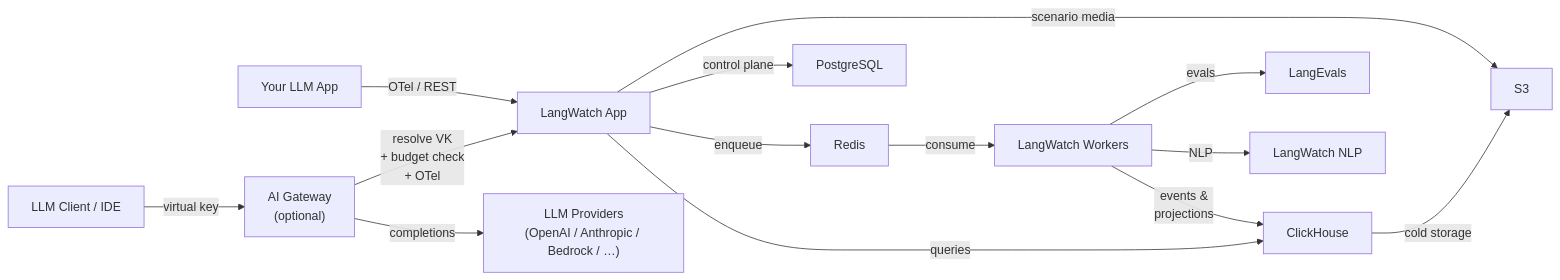
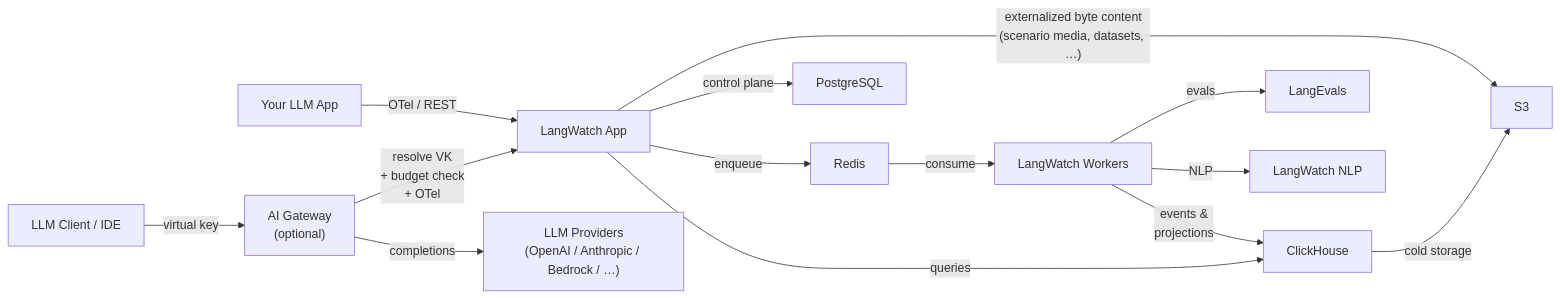
One commit to langwatch/langwatch changed the diagram in docs/self-hosting/overview.mdx. Above: the diagram before and after it, drawn with Mermaid. The commit also changed 2 other files, not shown here.

Commit message:
docs(self-hosting): clarify stored-objects is general file-storage layer + dev-only local-fs rationale (#4053)

````diff
--- a/docs/self-hosting/overview.mdx
+++ b/docs/self-hosting/overview.mdx
@@ -29,16 +29,16 @@
 ```mermaid
 graph LR
     SDK["Your LLM App"] -->|"OTel / REST"| App["LangWatch App"]
     Client["LLM Client / IDE"] -->|"virtual key"| Gateway["AI Gateway<br/>(optional)"]
     Gateway -->|"resolve VK<br/>+ budget check<br/>+ OTel"| App
     Gateway -->|"completions"| Providers["LLM Providers<br/>(OpenAI / Anthropic / Bedrock / …)"]
     App -->|"enqueue"| Redis["Redis"]
     Redis -->|"consume"| Workers["LangWatch Workers"]
     Workers -->|"events &<br/>projections"| CH["ClickHouse"]
     Workers -->|"evals"| Evals["LangEvals"]
     Workers -->|"NLP"| NLP["LangWatch NLP"]
     App -->|"queries"| CH
     App -->|"control plane"| PG["PostgreSQL"]
-    App -->|"scenario media"| S3["S3"]
+    App -->|"externalized byte content<br/>(scenario media, datasets, …)"| S3["S3"]
     CH -->|"cold storage"| S3
 ```
````
